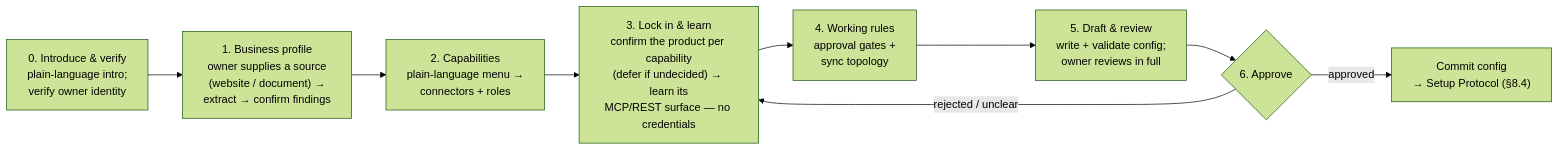
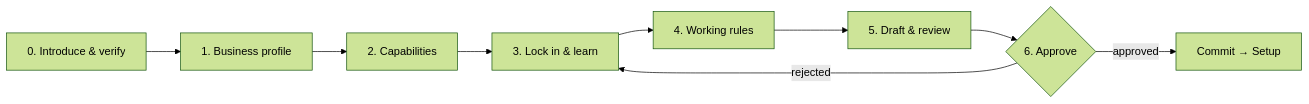
One commit to JexxaJ/baxter changed the third of 3 diagrams in references/framework.md. Above: the diagram before and after it, drawn with Mermaid (forest theme). The commit also changed other lines of this file and 28 other files, not shown here.

First line of the commit message:
Blueprint v0.2.1: two modes, optional automation, owner-named identity

````diff
--- a/references/framework.md
+++ b/references/framework.md
@@ -525,11 +473,11 @@
 ```mermaid
 flowchart LR
-    A["0. Introduce & verify<br/>plain-language intro;<br/>verify owner identity"] --> B["1. Business profile<br/>owner supplies a source<br/>(website / document) →<br/>extract → confirm findings"]
-    B --> C["2. Capabilities<br/>plain-language menu →<br/>connectors + roles"]
-    C --> D["3. Lock in & learn<br/>confirm the product per capability<br/>(defer if undecided) → learn its<br/>MCP/REST surface — no credentials"]
-    D --> E["4. Working rules<br/>approval gates +<br/>sync topology"]
-    E --> F["5. Draft & review<br/>write + validate config;<br/>owner reviews in full"]
+    A["0. Introduce & verify"] --> B["1. Business profile"]
+    B --> C["2. Capabilities"]
+    C --> D["3. Lock in & learn"]
+    D --> E["4. Working rules"]
+    E --> F["5. Draft & review"]
     F --> G{"6. Approve"}
-    G -->|"approved"| H["Commit config<br/>→ Setup Protocol (§8.4)"]
-    G -->|"rejected / unclear"| D
+    G -->|"approved"| H["Commit → Setup"]
+    G -->|"rejected"| D
 ```
````
